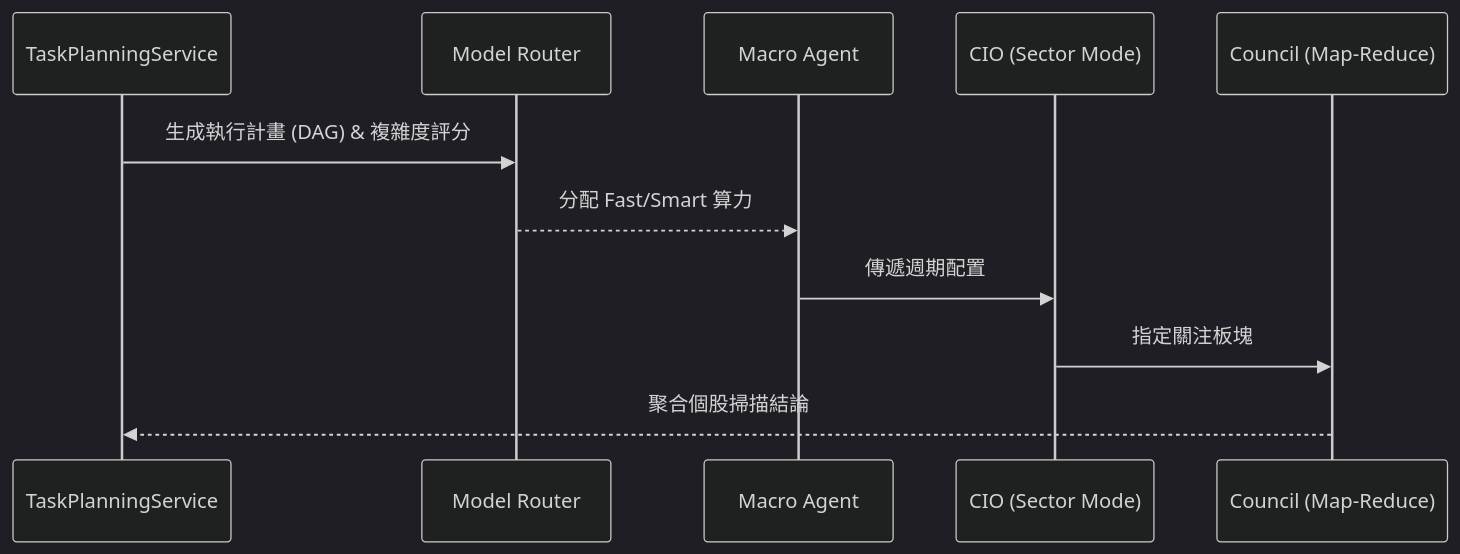
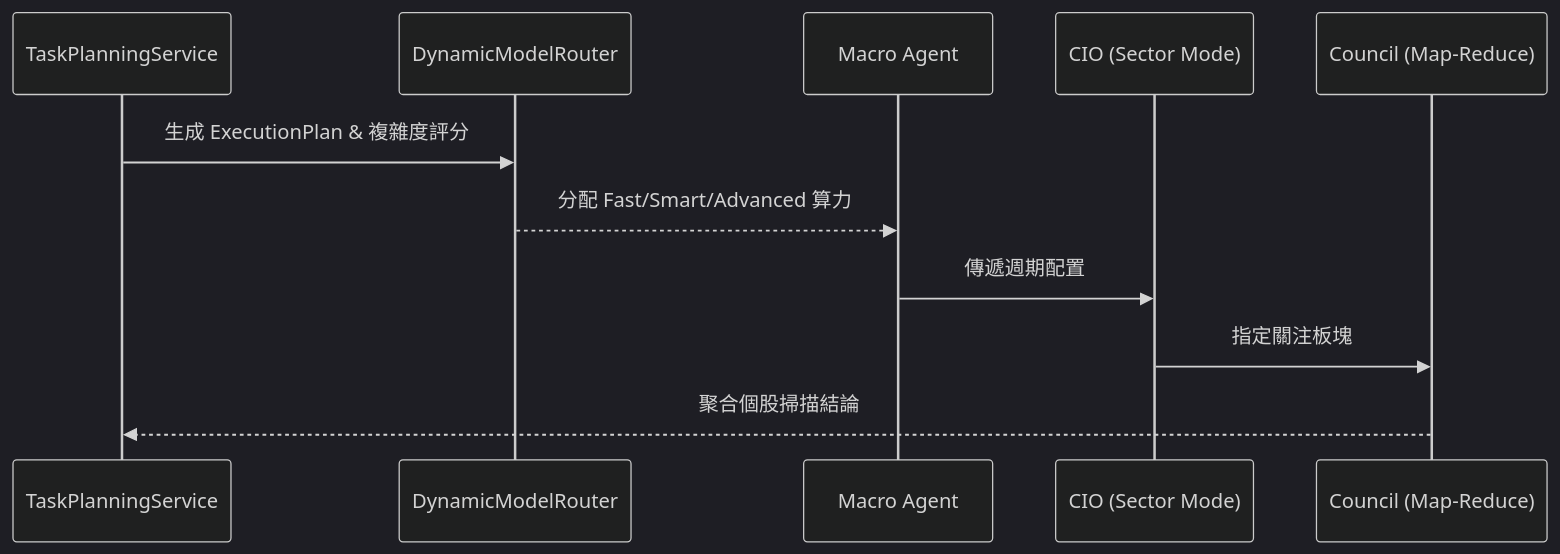
One commit to neohsiung/AI-Investment-Advisor changed the diagram in wiki/04_架構觀點-Architect_Views/任務規劃與執行引擎-Task-Planning-Engine.md. Above: the diagram before and after it, drawn with Mermaid (dark theme). The commit also changed other lines of this file and 11 other files, not shown here.

First line of the commit message:
docs(wiki): synchronize architecture documentation and add optimized monitoring flow 同步架構文檔並新增優化市場監控流圖表

````diff
--- a/wiki/04_架構觀點-Architect_Views/任務規劃與執行引擎-Task-Planning-Engine.md
+++ b/wiki/04_架構觀點-Architect_Views/任務規劃與執行引擎-Task-Planning-Engine.md
@@ -38,14 +48,14 @@
 ```mermaid
 sequenceDiagram
     participant Planner as TaskPlanningService
-    participant Router as Model Router
+    participant Router as DynamicModelRouter
     participant Macro as Macro Agent
     participant Sector as CIO (Sector Mode)
     participant Council as Council (Map-Reduce)
     
-    Planner->>Router: 生成執行計畫 (DAG) & 複雜度評分
-    Router-->>Macro: 分配 Fast/Smart 算力
+    Planner->>Router: 生成 ExecutionPlan & 複雜度評分
+    Router-->>Macro: 分配 Fast/Smart/Advanced 算力
     Macro->>Sector: 傳遞週期配置
     Sector->>Council: 指定關注板塊
     Council-->>Planner: 聚合個股掃描結論
 ```
````
